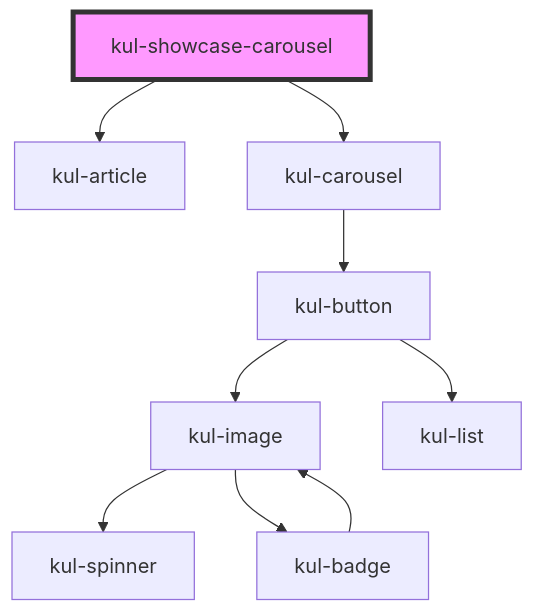
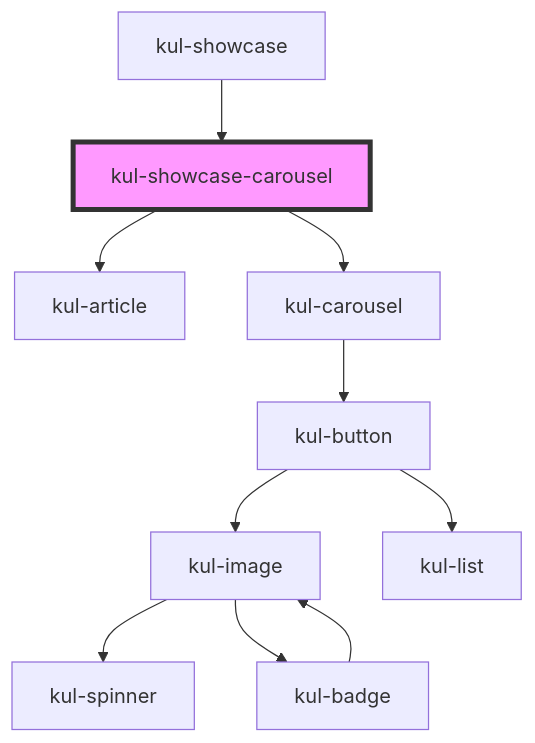
One commit to lucafoscili/ketchup-lite changed the diagram in packages/ketchup-lite/src/components/kul-showcase/components/carousel/readme.md. Above: the diagram before and after it, drawn with Mermaid. The commit also changed other lines of this file and 45 other files, not shown here.

````diff
--- a/packages/ketchup-lite/src/components/kul-showcase/components/carousel/readme.md
+++ b/packages/ketchup-lite/src/components/kul-showcase/components/carousel/readme.md
@@ -24,12 +28,13 @@
 ```mermaid
 graph TD;
   kul-showcase-carousel --> kul-article
   kul-showcase-carousel --> kul-carousel
   kul-carousel --> kul-button
   kul-button --> kul-image
   kul-button --> kul-list
   kul-image --> kul-spinner
   kul-image --> kul-badge
   kul-badge --> kul-image
+  kul-showcase --> kul-showcase-carousel
   style kul-showcase-carousel fill:#f9f,stroke:#333,stroke-width:4px
 ```
````
